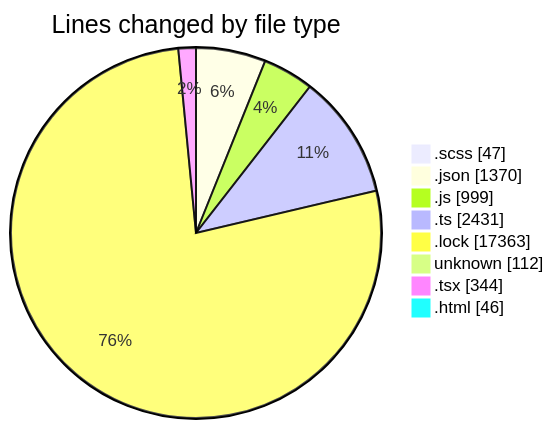
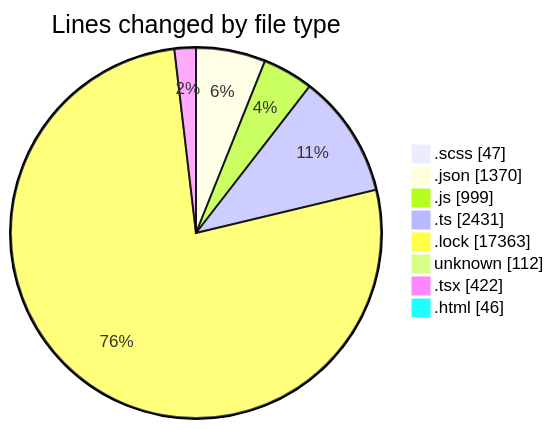
Before and after one commit to momahboobian/code-tracking: the first of 2 diagrams in 2026-04-21/cda/README.md, drawn with Mermaid. The commit also changed other lines of this file and 1 other file, not shown here.

````diff
--- a/2026-04-21/cda/README.md
+++ b/2026-04-21/cda/README.md
@@ -54,12 +54,12 @@
 ```mermaid
 pie showData
 title Lines changed by file type
 ".scss" : 47
 ".json" : 1370
 ".js" : 999
 ".ts" : 2431
 ".lock" : 17363
 "unknown" : 112
-".tsx" : 344
+".tsx" : 422
 ".html" : 46
 ```
````
